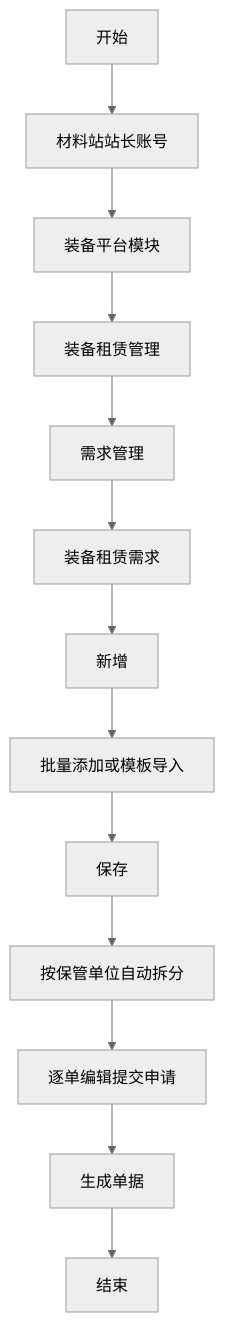
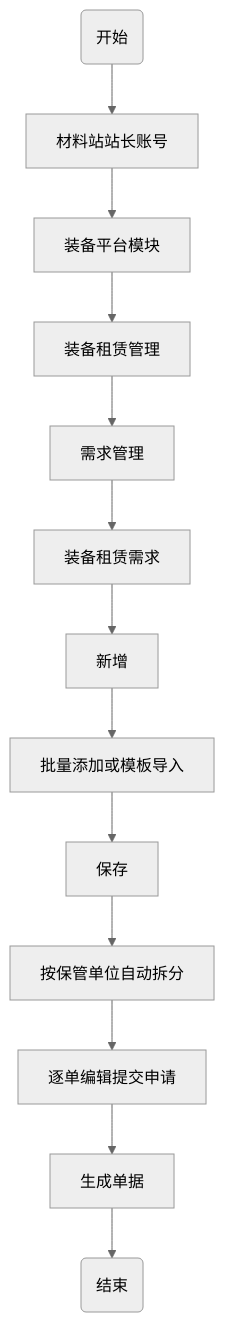
One commit to glaze-blue/zett-single-project changed the third of 8 diagrams in asset/单项工程现场装备全流程管理流程图.md. Above: the diagram before and after it, drawn with Mermaid (neutral theme). The commit also changed other lines of this file, not shown here.

````diff
--- a/asset/单项工程现场装备全流程管理流程图.md
+++ b/asset/单项工程现场装备全流程管理流程图.md
@@ -80,15 +81,15 @@
 ```mermaid
 graph TD
-    00[开始] --> A[材料站站长账号]
+    00(开始)--> A[材料站站长账号]
     A --> B[装备平台模块]
     B --> C[装备租赁管理]
     C --> D[需求管理]
     D --> E[装备租赁需求]
     E --> F[新增]
     F --> G[批量添加或模板导入]
     G --> H[保存]
     H --> I[按保管单位自动拆分]
     I --> J[逐单编辑提交申请]
     J --> K[生成单据]
-    K --> L[结束]
+    K --> L(结束)
 ```
````
